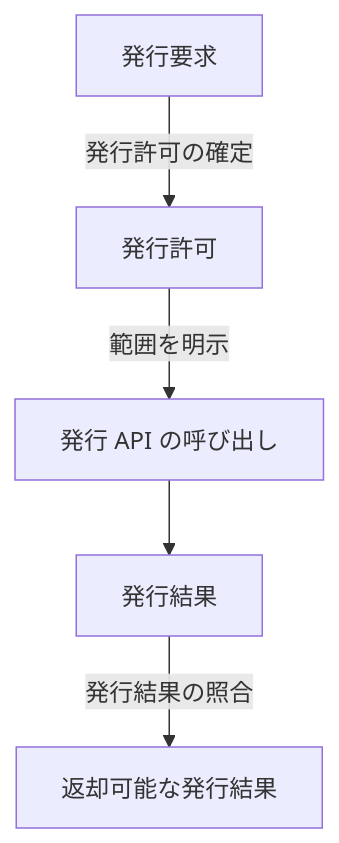
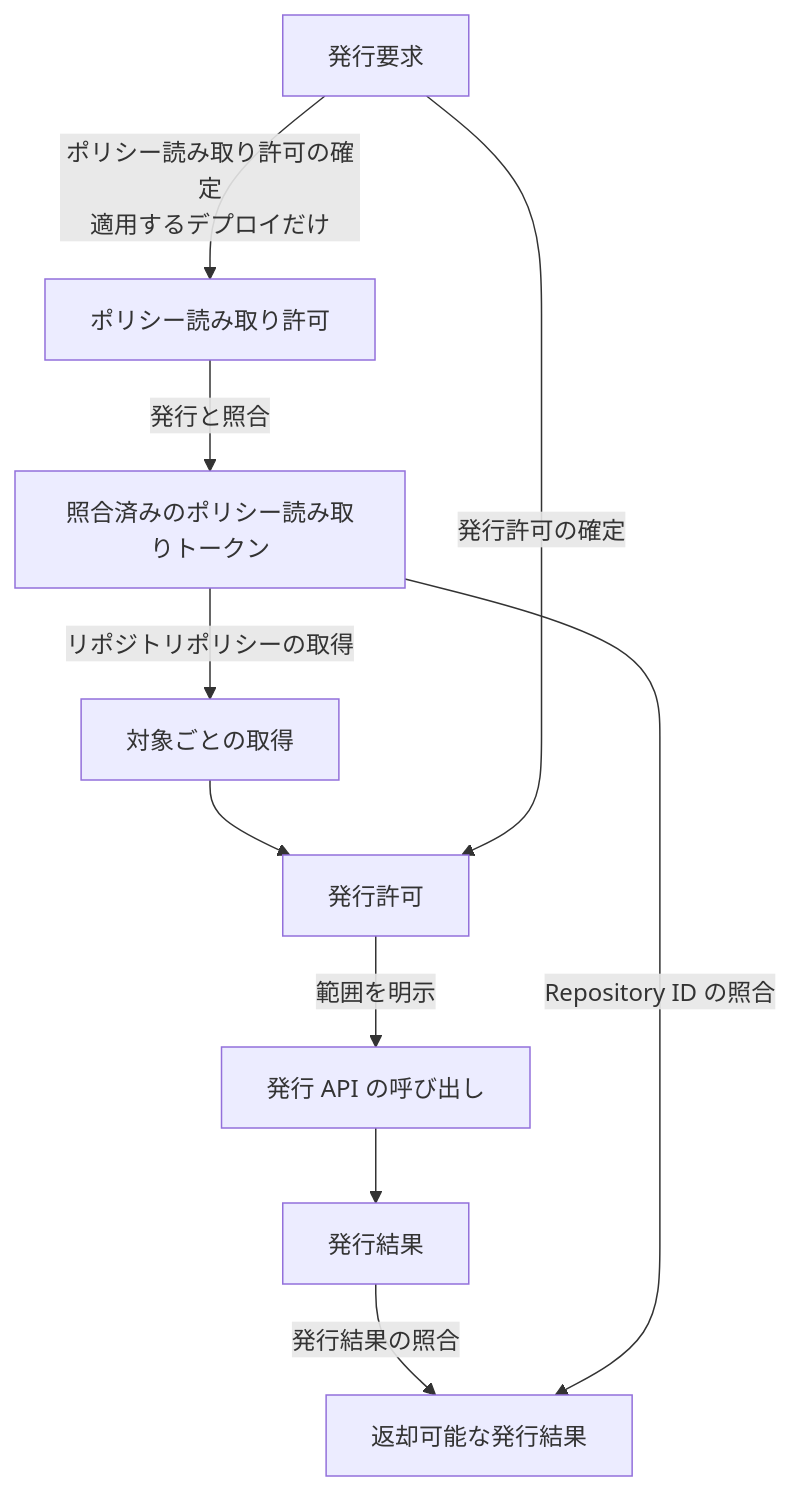
Before and after one commit to tmknom/gates: the first of 2 diagrams in formal/alloy/README.md, drawn with Mermaid. The commit also changed other lines of this file and 7 other files, not shown here.

First line of the commit message:
docs(spec): define repository policy authorization

````diff
--- a/formal/alloy/README.md
+++ b/formal/alloy/README.md
@@ -25,7 +25,12 @@
 ```mermaid
 flowchart TB
-    Request[発行要求] -->|発行許可の確定| Grant[発行許可]
+    Request[発行要求] -->|ポリシー読み取り許可の確定<br/>適用するデプロイだけ| PolicyGrant[ポリシー読み取り許可]
+    PolicyGrant -->|発行と照合| PolicyToken[照合済みのポリシー読み取りトークン]
+    PolicyToken -->|リポジトリポリシーの取得| Fetch[対象ごとの取得]
+    Fetch --> Grant
+    Request -->|発行許可の確定| Grant[発行許可]
     Grant -->|範囲を明示| Call[発行 API の呼び出し]
     Call --> Result[発行結果]
     Result -->|発行結果の照合| Token[返却可能な発行結果]
+    PolicyToken -->|Repository ID の照合| Token
 ```
````
